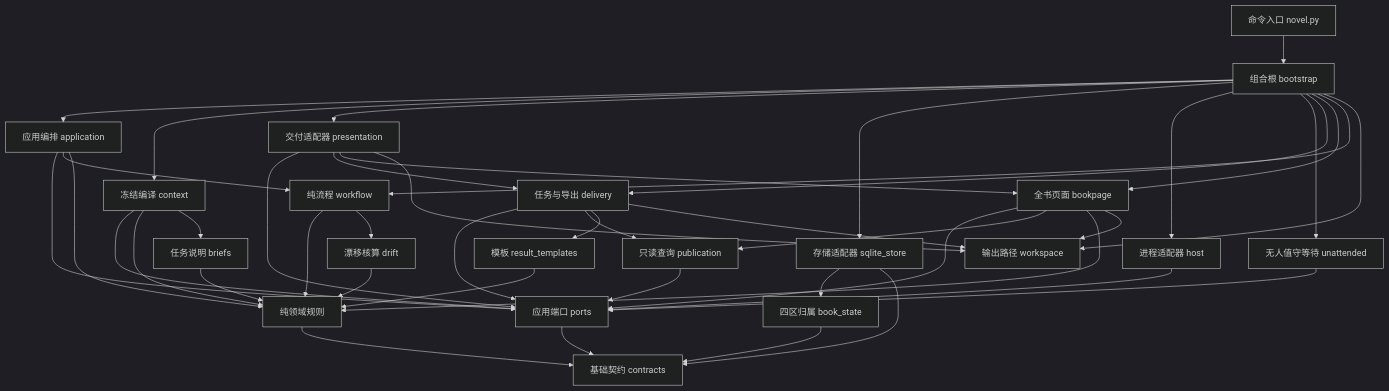
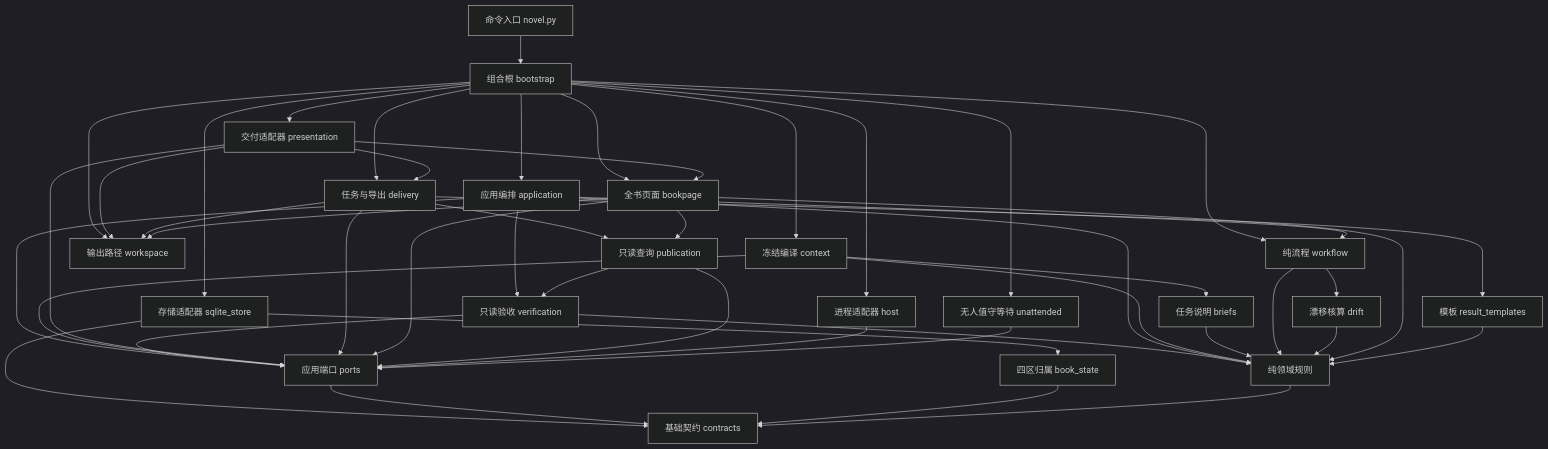
One commit to longwenid/novel-ledger changed the diagram in README.md. Above: the diagram before and after it, drawn with Mermaid (dark theme). The commit also changed other lines of this file and 30 other files, not shown here.

````diff
--- a/README.md
+++ b/README.md
@@ -17,45 +19,49 @@
 ```mermaid
 flowchart TD
     CLI[命令入口 novel.py] --> BOOT[组合根 bootstrap]
     BOOT --> APP[应用编排 application]
     BOOT --> CTX[冻结编译 context]
     BOOT --> VIEW[交付适配器 presentation]
     BOOT --> SQL[存储适配器 sqlite_store]
     BOOT --> HOST[进程适配器 host]
     BOOT --> WATCH[无人值守等待 unattended]
     BOOT --> DEL
     BOOT --> PAGE
     BOOT --> WF
     BOOT --> WS[输出路径 workspace]
     APP --> PORT[应用端口 ports]
+    APP --> VERIFY[只读验收 verification]
+    VERIFY --> PORT
+    VERIFY --> DOMAIN
     APP --> WF[纯流程 workflow]
     APP --> DOMAIN[纯领域规则]
     CTX --> PORT
     CTX --> DOMAIN
     CTX --> BRIEF[任务说明 briefs]
     BRIEF --> DOMAIN
     WF --> DOMAIN
     WF --> DRIFT[漂移核算 drift]
     DRIFT --> DOMAIN
     VIEW --> PORT
     VIEW --> DEL[任务与导出 delivery]
     VIEW --> PAGE[全书页面 bookpage]
     VIEW --> WS
     DEL --> PORT
     DEL --> PUB[只读查询 publication]
     DEL --> TPL[模板 result_templates]
     DEL --> WS
     PAGE --> PORT
     PAGE --> PUB
     PAGE --> DOMAIN
     PAGE --> WS
     TPL --> DOMAIN
     PUB --> PORT
+    PUB --> VERIFY
     SQL --> BS[四区归属 book_state]
     SQL --> C[基础契约 contracts]
     HOST --> PORT
     WATCH --> PORT
     PORT --> C
     BS --> C
     DOMAIN --> C
 ```
````
